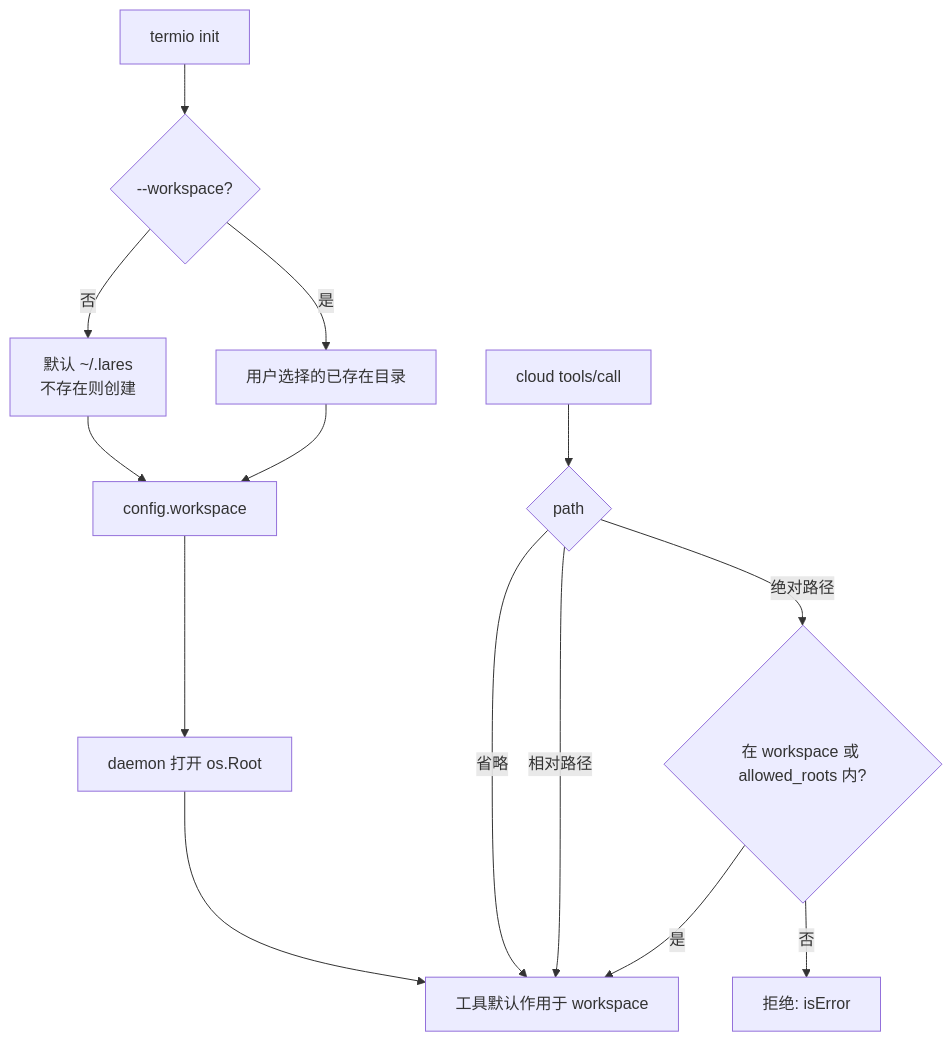
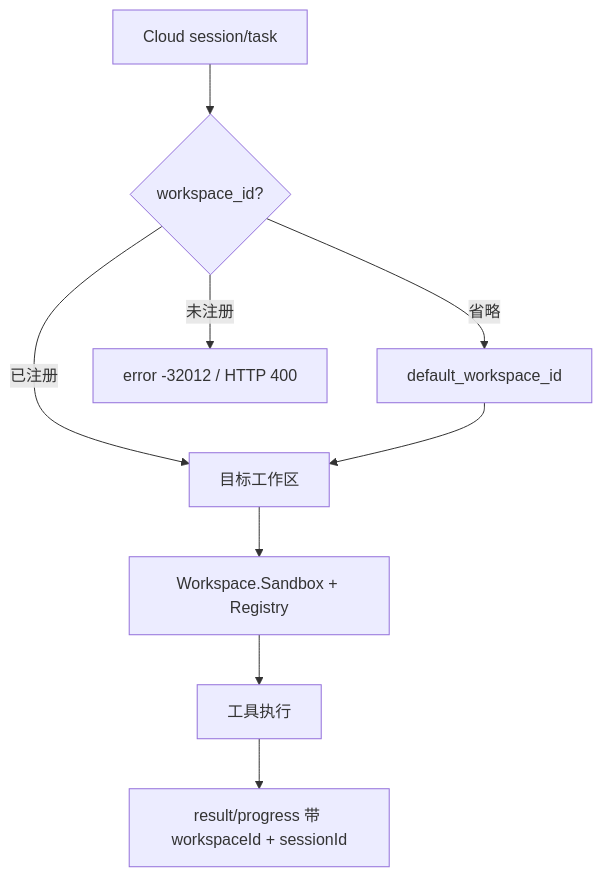
One commit to 2Elian/termio changed the diagram in docs/workspace.md. Above: the diagram before and after it, drawn with Mermaid. The commit also changed other lines of this file and 29 other files, not shown here.

First line of the commit message:
Add multi-workspace session routing and full-chain debug guide

````diff
--- a/docs/workspace.md
+++ b/docs/workspace.md
@@ -153,16 +217,11 @@
 ```mermaid
 flowchart TD
-  A[termio init] --> B{--workspace?}
-  B -- 否 --> C[默认 ~/.lares<br/>不存在则创建]
-  B -- 是 --> D[用户选择的已存在目录]
-  C --> E[config.workspace]
-  D --> E
-  E --> F[daemon 打开 os.Root]
-  F --> G[工具默认作用于 workspace]
-  H[cloud tools/call] --> I{path}
-  I -- 省略 --> G
-  I -- 相对路径 --> G
-  I -- 绝对路径 --> J{在 workspace 或 allowed_roots 内?}
-  J -- 是 --> G
-  J -- 否 --> K[拒绝: isError]
+  A[Cloud session/task] --> B{workspace_id?}
+  B -- 省略 --> C[default_workspace_id]
+  B -- 已注册 --> D[目标工作区]
+  C --> D
+  B -- 未注册 --> E[error -32012 / HTTP 400]
+  D --> F[Workspace.Sandbox + Registry]
+  F --> G[工具执行]
+  G --> H[result/progress 带 workspaceId + sessionId]
 ```
````
